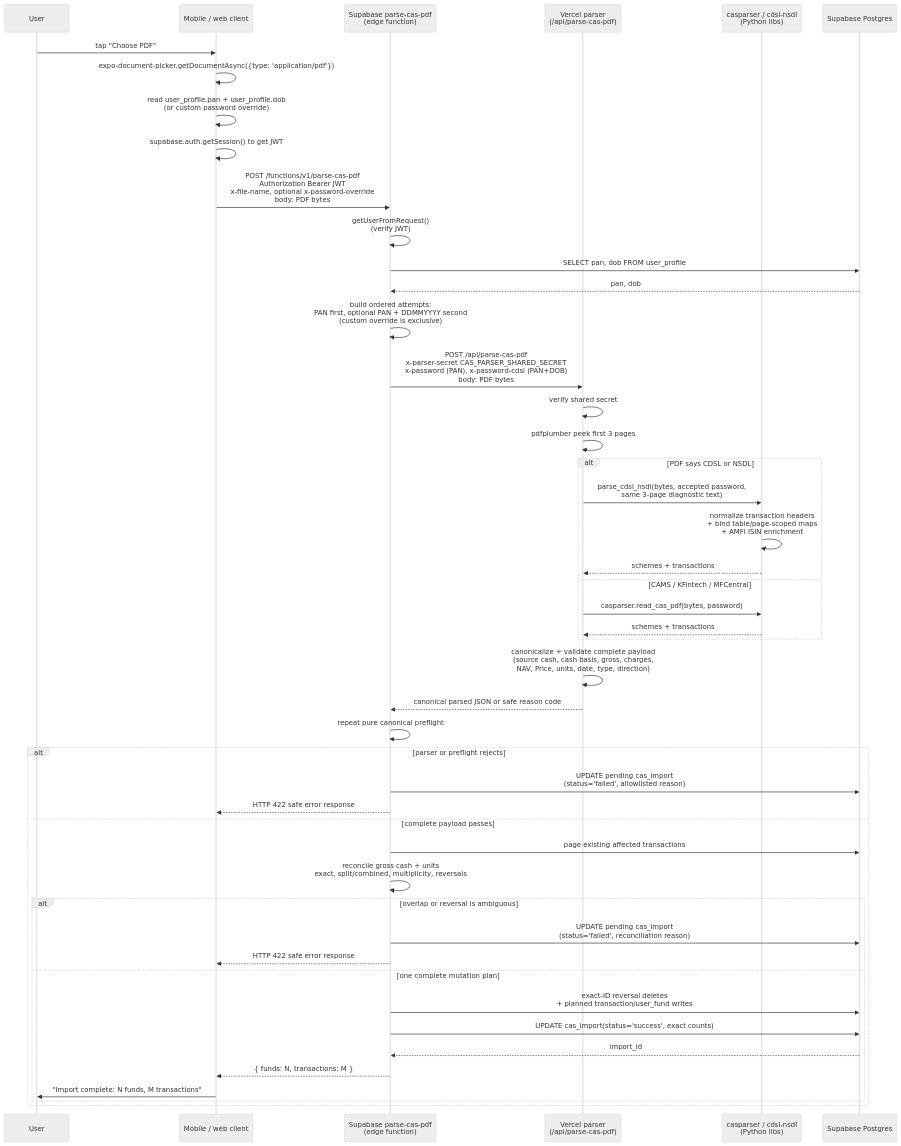
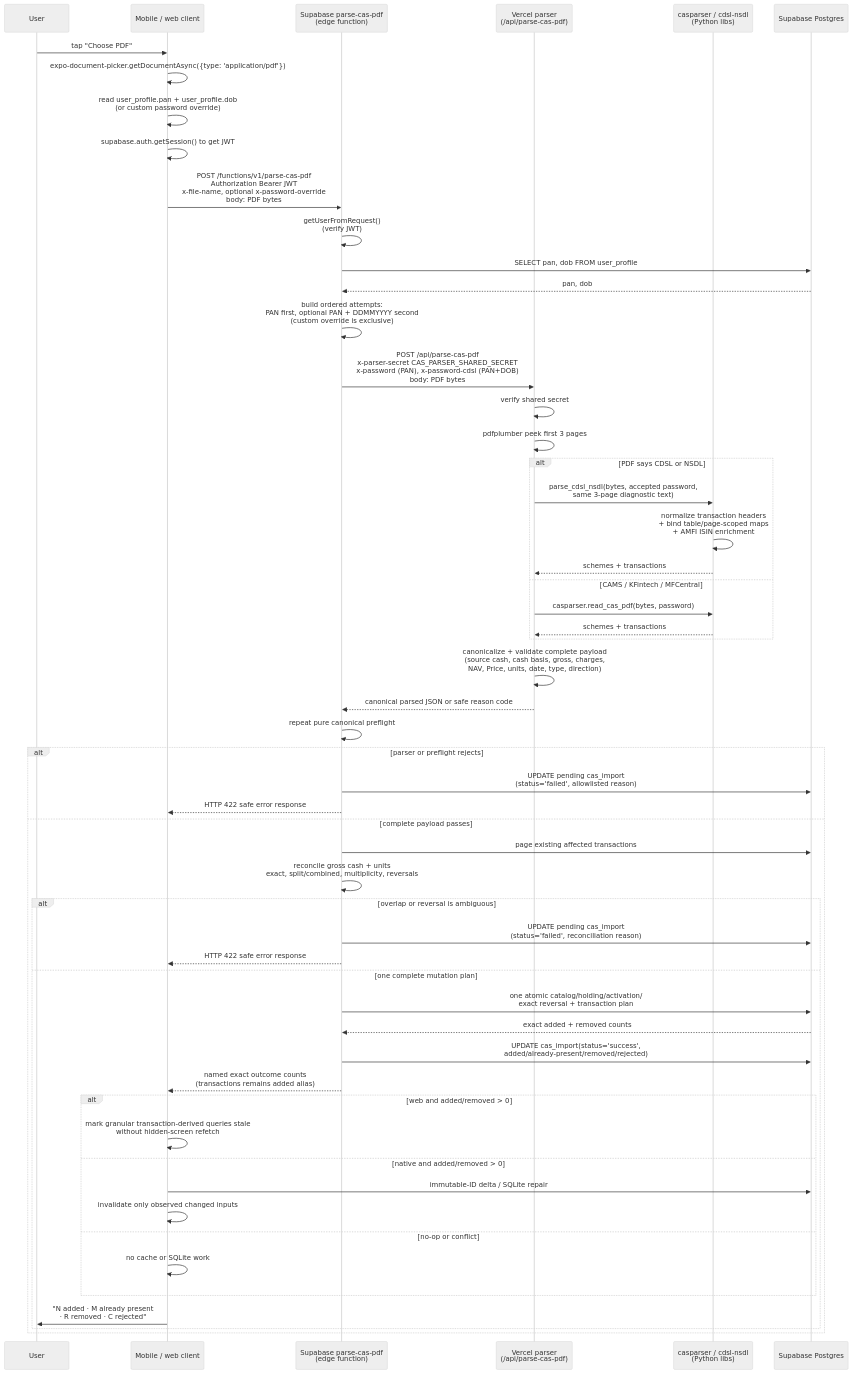
One commit to himanshu4141/FolioLens changed the second of 2 diagrams in docs/architecture/cas-upload-flow.md. Above: the diagram before and after it, drawn with Mermaid (neutral theme). The commit also changed other lines of this file and 32 other files, not shown here.

Commit message:
Add Q5 CAS repair and freshness guardrails

````diff
--- a/docs/architecture/cas-upload-flow.md
+++ b/docs/architecture/cas-upload-flow.md
@@ -42,53 +42,61 @@
 ```mermaid
 sequenceDiagram
   participant U as User
   participant App as Mobile / web client
   participant SB as Supabase parse-cas-pdf<br/>(edge function)
   participant V as Vercel parser<br/>(/api/parse-cas-pdf)
   participant Lib as casparser / cdsl-nsdl<br/>(Python libs)
   participant DB as Supabase Postgres
 
   U->>App: tap "Choose PDF"
   App->>App: expo-document-picker.getDocumentAsync({type: 'application/pdf'})
   App->>App: read user_profile.pan + user_profile.dob<br/>(or custom password override)
   App->>App: supabase.auth.getSession() to get JWT
   App->>SB: POST /functions/v1/parse-cas-pdf<br/>Authorization Bearer JWT<br/>x-file-name, optional x-password-override<br/>body: PDF bytes
 
   SB->>SB: getUserFromRequest()<br/>(verify JWT)
   SB->>DB: SELECT pan, dob FROM user_profile
   DB-->>SB: pan, dob
   SB->>SB: build ordered attempts:<br/>PAN first, optional PAN + DDMMYYYY second<br/>(custom override is exclusive)
   SB->>V: POST /api/parse-cas-pdf<br/>x-parser-secret CAS_PARSER_SHARED_SECRET<br/>x-password (PAN), x-password-cdsl (PAN+DOB)<br/>body: PDF bytes
 
   V->>V: verify shared secret
   V->>V: pdfplumber peek first 3 pages
   alt PDF says CDSL or NSDL
     V->>Lib: parse_cdsl_nsdl(bytes, accepted password,<br/>same 3-page diagnostic text)
     Lib->>Lib: normalize transaction headers<br/>+ bind table/page-scoped maps<br/>+ AMFI ISIN enrichment
     Lib-->>V: schemes + transactions
   else CAMS / KFintech / MFCentral
     V->>Lib: casparser.read_cas_pdf(bytes, password)
     Lib-->>V: schemes + transactions
   end
   V->>V: canonicalize + validate complete payload<br/>(source cash, cash basis, gross, charges,<br/>NAV, Price, units, date, type, direction)
   V-->>SB: canonical parsed JSON or safe reason code
 
   SB->>SB: repeat pure canonical preflight
   alt parser or preflight rejects
     SB->>DB: UPDATE pending cas_import<br/>(status='failed', allowlisted reason)
     SB-->>App: HTTP 422 safe error response
   else complete payload passes
     SB->>DB: page existing affected transactions
     SB->>SB: reconcile gross cash + units<br/>exact, split/combined, multiplicity, reversals
     alt overlap or reversal is ambiguous
       SB->>DB: UPDATE pending cas_import<br/>(status='failed', reconciliation reason)
       SB-->>App: HTTP 422 safe error response
     else one complete mutation plan
-      SB->>DB: exact-ID reversal deletes<br/>+ planned transaction/user_fund writes
-      SB->>DB: UPDATE cas_import(status='success', exact counts)
-      DB-->>SB: import_id
-      SB-->>App: { funds: N, transactions: M }
-      App->>U: "Import complete: N funds, M transactions"
+      SB->>DB: one atomic catalog/holding/activation/<br/>exact reversal + transaction plan
+      DB-->>SB: exact added + removed counts
+      SB->>DB: UPDATE cas_import(status='success',<br/>added/already-present/removed/rejected)
+      SB-->>App: named exact outcome counts<br/>(transactions remains added alias)
+      alt web and added/removed > 0
+        App->>App: mark granular transaction-derived queries stale<br/>without hidden-screen refetch
+      else native and added/removed > 0
+        App->>DB: immutable-ID delta / SQLite repair
+        App->>App: invalidate only observed changed inputs
+      else no-op or conflict
+        App->>App: no cache or SQLite work
+      end
+      App->>U: "N added · M already present<br/>· R removed · C rejected"
     end
   end
 ```
````
